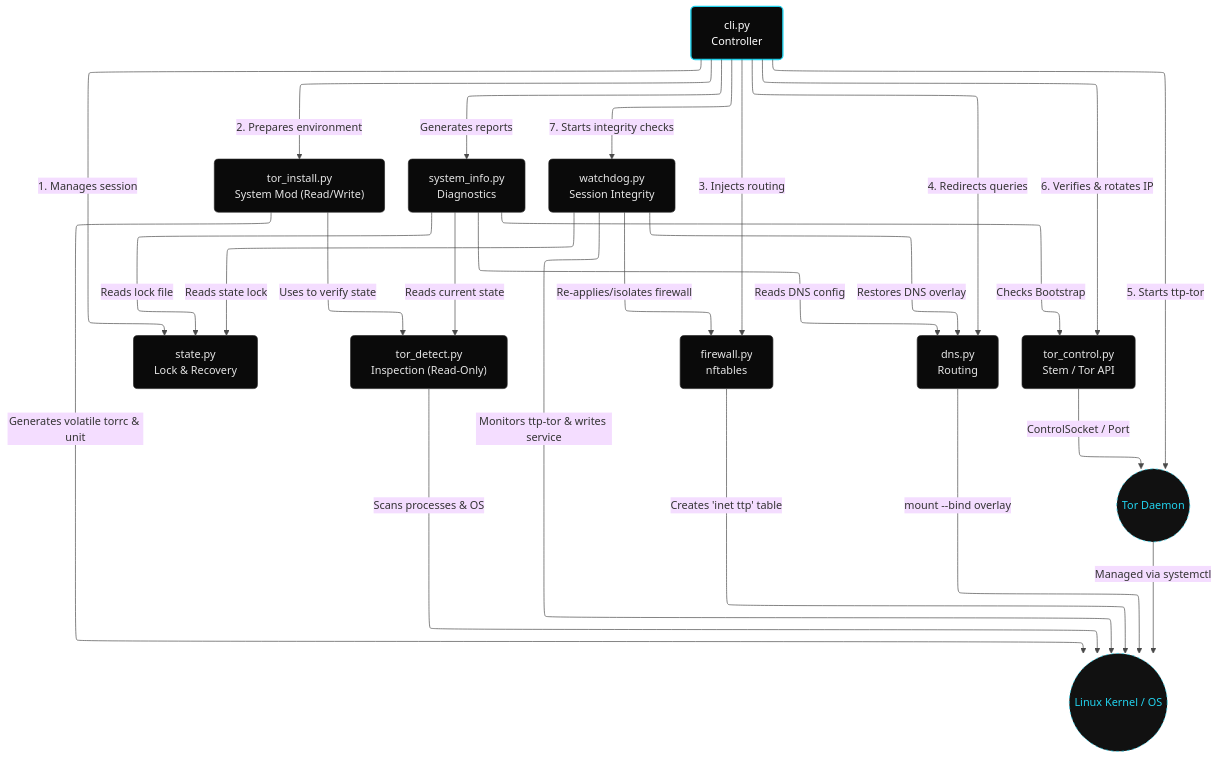
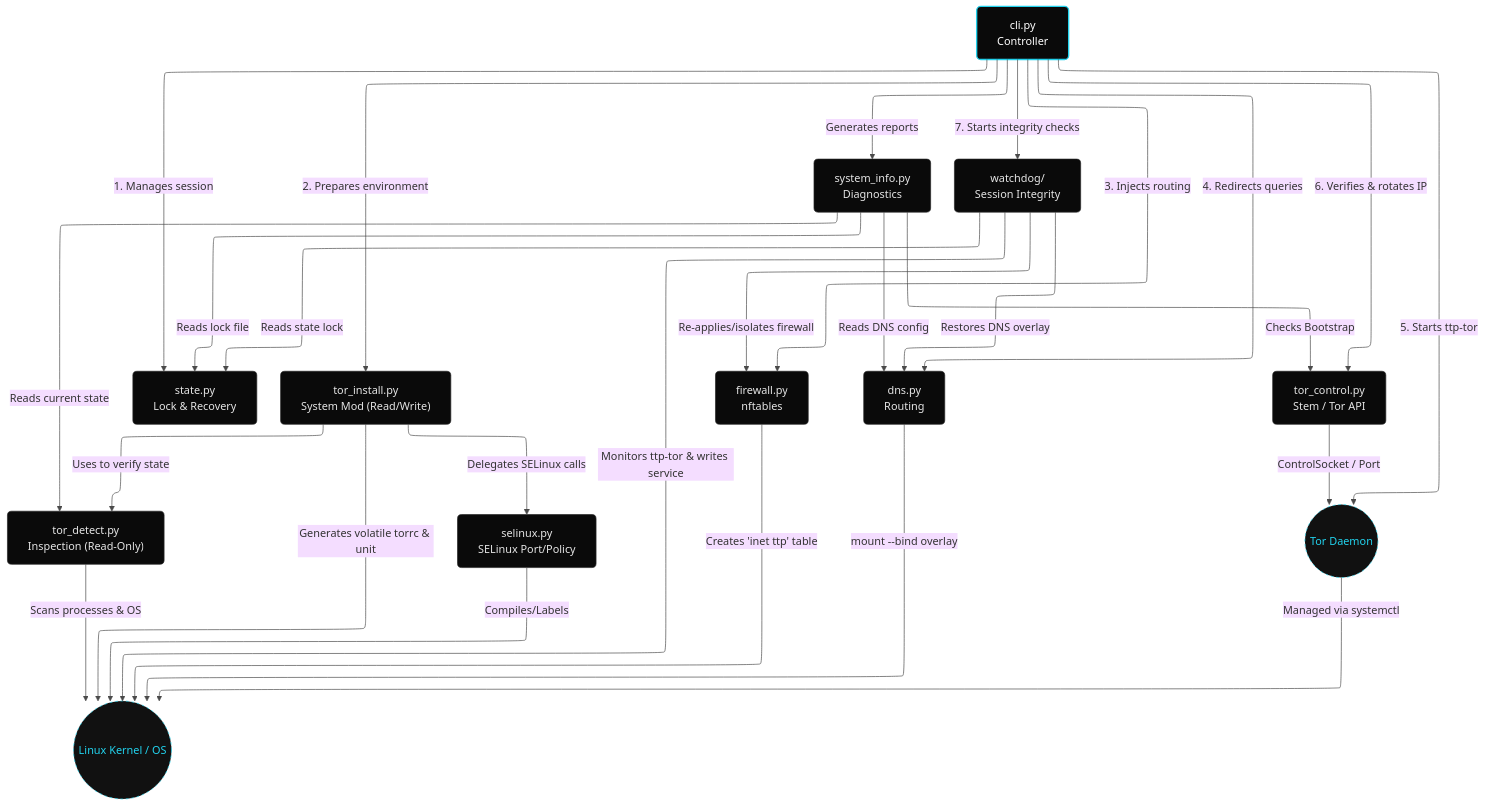
The diagram in docs/architecture.md (onyks-os/TransparentTorProxy), drawn with Mermaid before and after one commit. The commit also changed other lines of this file and 34 other files, not shown here.

````diff
--- a/docs/architecture.md
+++ b/docs/architecture.md
@@ -215,60 +219,63 @@
 ```mermaid
 %%{init: {
   "flowchart": {"defaultRenderer": "elk"},
   "theme": "base",
   "themeVariables": {
     "fontFamily": "JetBrains Mono, monospace",
     "background": "transparent",
     "lineColor": "#4a4a4a",
     "textColor": "#9ca3af"
   }
 }}%%
 graph TD
     classDef orchestrator fill:#0a0a0a,stroke:#22d3ee,stroke-width:2px,color:#fff,rx:6px,ry:6px
     classDef module fill:#0a0a0a,stroke:#262626,stroke-width:1px,color:#e5e5e5,rx:6px,ry:6px
     classDef system fill:#111111,stroke:#22d3ee,stroke-width:1px,stroke-dasharray: 4 4,color:#22d3ee,rx:6px,ry:6px
 
     %% Nodes
     CLI["cli.py<br/>Controller"]:::orchestrator
     
     STATE["state.py<br/>Lock & Recovery"]:::module
     DETECT["tor_detect.py<br/>Inspection (Read-Only)"]:::module
     INSTALL["tor_install.py<br/>System Mod (Read/Write)"]:::module
     FIREWALL["firewall.py<br/>nftables"]:::module
     DNS["dns.py<br/>Routing"]:::module
     CONTROL["tor_control.py<br/>Stem / Tor API"]:::module
     SYSINFO["system_info.py<br/>Diagnostics"]:::module
-    WATCHDOG["watchdog.py<br/>Session Integrity"]:::module
+    WATCHDOG["watchdog/<br/>Session Integrity"]:::module
+    SELINUX["selinux.py<br/>SELinux Port/Policy"]:::module
 
     TOR(("Tor Daemon")):::system
     KERNEL(("Linux Kernel / OS")):::system
 
     %% Orchestrator Flow
     CLI -->|1. Manages session| STATE
     CLI -->|2. Prepares environment| INSTALL
     CLI -->|3. Injects routing| FIREWALL
     CLI -->|4. Redirects queries| DNS
     CLI -->|5. Starts ttp-tor| TOR
     CLI -->|6. Verifies & rotates IP| CONTROL
     CLI -->|7. Starts integrity checks| WATCHDOG
     CLI -->|Generates reports| SYSINFO
 
     %% Inter-module Dependencies
     INSTALL -->|Uses to verify state| DETECT
+    INSTALL -->|Delegates SELinux calls| SELINUX
     SYSINFO -->|Reads current state| DETECT
     SYSINFO -->|Reads lock file| STATE
     SYSINFO -->|Reads DNS config| DNS
     SYSINFO -->|Checks Bootstrap| CONTROL
     WATCHDOG -->|Reads state lock| STATE
     WATCHDOG -->|Restores DNS overlay| DNS
     WATCHDOG -->|Re-applies/isolates firewall| FIREWALL
 
     %% System Interactions
     INSTALL -->|Generates volatile torrc & unit| KERNEL
+    SELINUX -->|Compiles/Labels| KERNEL
     FIREWALL -->|Creates 'inet ttp' table| KERNEL
     DNS -->|mount --bind overlay| KERNEL
     DETECT -->|Scans processes & OS| KERNEL
     TOR -->|Managed via systemctl| KERNEL
     CONTROL -->|ControlSocket / Port| TOR
     WATCHDOG -->|Monitors ttp-tor & writes service| KERNEL
 ```
````
